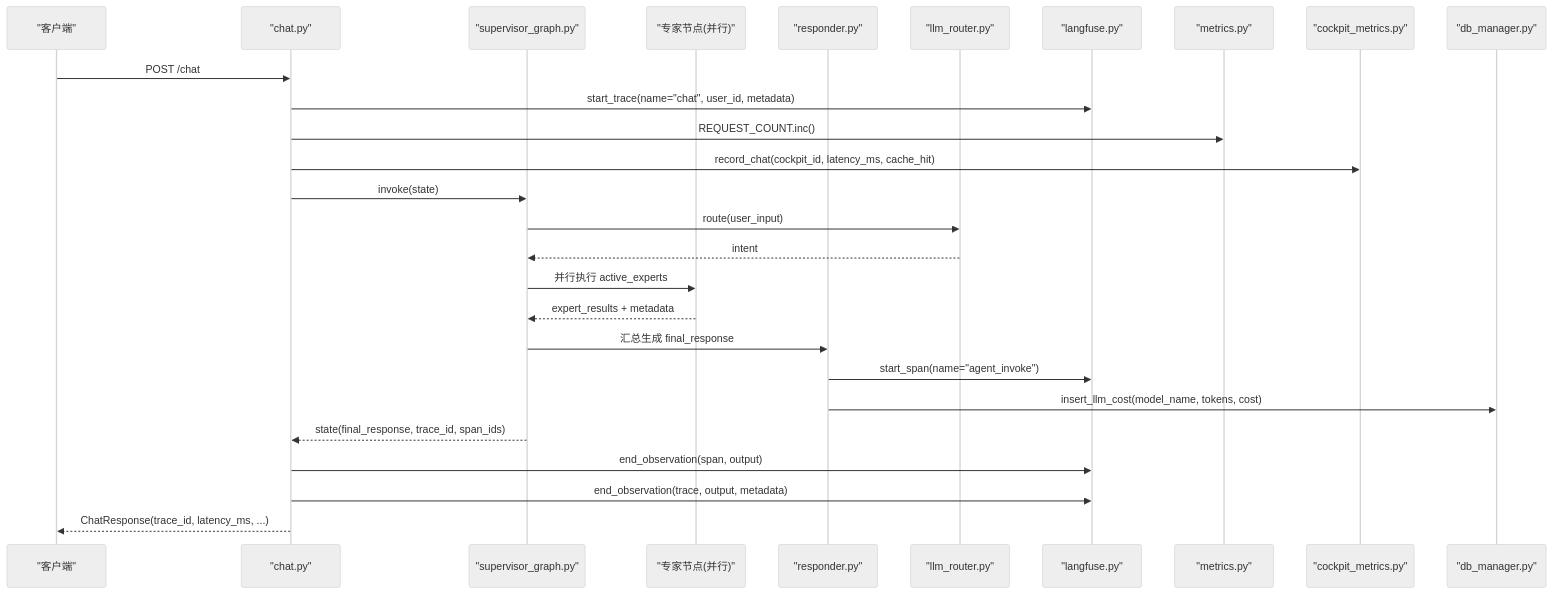
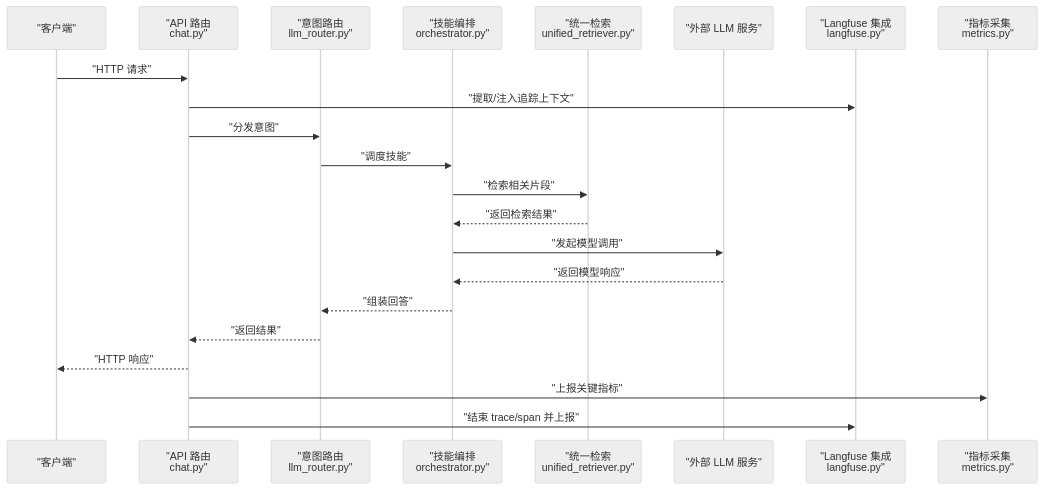
Before and after one commit to zmdhdu/NexusCockpit: the second of 5 diagrams in .qoder/repowiki/zh/content/可观测性系统/分布式追踪.md, drawn with Mermaid (neutral theme). The commit also changed other lines of this file and 535 other files, not shown here.

````diff
--- a/.qoder/repowiki/zh/content/可观测性系统/分布式追踪.md
+++ b/.qoder/repowiki/zh/content/可观测性系统/分布式追踪.md
@@ -148,29 +87,24 @@
 ```mermaid
 sequenceDiagram
 participant Client as "客户端"
-participant API as "chat.py"
-participant Graph as "supervisor_graph.py"
-participant Expert as "专家节点(并行)"
-participant Responder as "responder.py"
-participant Router as "llm_router.py"
-participant LF as "langfuse.py"
-participant PM as "metrics.py"
-participant CM as "cockpit_metrics.py"
-participant DB as "db_manager.py"
-Client->>API : POST /chat
-API->>LF : start_trace(name="chat", user_id, metadata)
-API->>PM : REQUEST_COUNT.inc()
-API->>CM : record_chat(cockpit_id, latency_ms, cache_hit)
-API->>Graph : invoke(state)
-Graph->>Router : route(user_input)
-Router-->>Graph : intent
-Graph->>Expert : 并行执行 active_experts
-Expert-->>Graph : expert_results + metadata
-Graph->>Responder : 汇总生成 final_response
-Responder->>LF : start_span(name="agent_invoke")
-Responder->>DB : insert_llm_cost(model_name, tokens, cost)
-Graph-->>API : state(final_response, trace_id, span_ids)
-API->>LF : end_observation(span, output)
-API->>LF : end_observation(trace, output, metadata)
-API-->>Client : ChatResponse(trace_id, latency_ms, ...)
+participant API as "API 路由<br/>chat.py"
+participant Intent as "意图路由<br/>llm_router.py"
+participant Skill as "技能编排<br/>orchestrator.py"
+participant RAG as "统一检索<br/>unified_retriever.py"
+participant LLM as "外部 LLM 服务"
+participant LF as "Langfuse 集成<br/>langfuse.py"
+participant MET as "指标采集<br/>metrics.py"
+Client->>API : "HTTP 请求"
+API->>LF : "提取/注入追踪上下文"
+API->>Intent : "分发意图"
+Intent->>Skill : "调度技能"
+Skill->>RAG : "检索相关片段"
+RAG-->>Skill : "返回检索结果"
+Skill->>LLM : "发起模型调用"
+LLM-->>Skill : "返回模型响应"
+Skill-->>Intent : "组装回答"
+Intent-->>API : "返回结果"
+API-->>Client : "HTTP 响应"
+API->>MET : "上报关键指标"
+API->>LF : "结束 trace/span 并上报"
 ```
````
